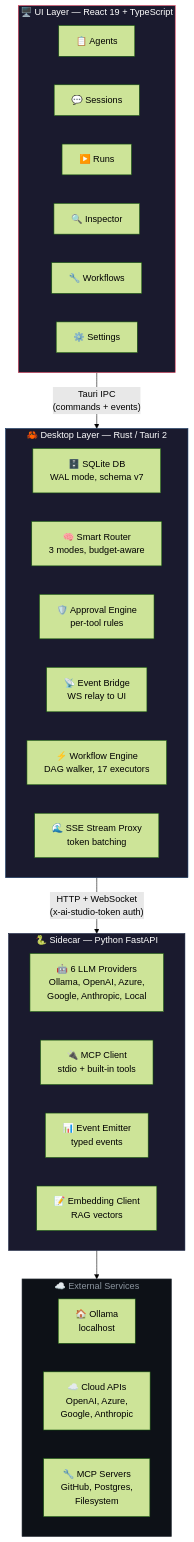
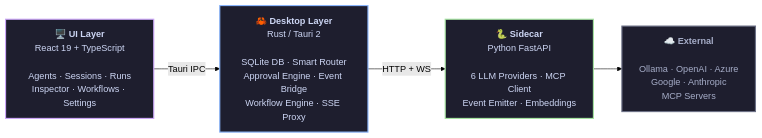
One commit to akv004/ai-studio-template changed the diagram in README.md. Above: the diagram before and after it, drawn with Mermaid (forest theme).

Commit message:
Docs: Redesign architecture diagram — compact horizontal Mermaid
Replaced vertical stacked subgraphs (rendered as tall narrow columns on GitHub)
with 4 compact LR nodes showing components inline with line breaks.

````diff
--- a/README.md
+++ b/README.md
@@ -291,42 +291,16 @@
 ```mermaid
-graph TB
-    subgraph UI["🖥️ UI Layer — React 19 + TypeScript"]
-        A1["📋 Agents"]
-        A2["💬 Sessions"]
-        A3["▶️ Runs"]
-        A4["🔍 Inspector"]
-        A5["🔧 Workflows"]
-        A6["⚙️ Settings"]
-    end
+graph LR
+    UI["🖥️ <b>UI Layer</b><br/>React 19 + TypeScript<br/><br/>Agents · Sessions · Runs<br/>Inspector · Workflows · Settings"]
+    Desktop["🦀 <b>Desktop Layer</b><br/>Rust / Tauri 2<br/><br/>SQLite DB · Smart Router<br/>Approval Engine · Event Bridge<br/>Workflow Engine · SSE Proxy"]
+    Sidecar["🐍 <b>Sidecar</b><br/>Python FastAPI<br/><br/>6 LLM Providers · MCP Client<br/>Event Emitter · Embeddings"]
+    External["☁️ <b>External</b><br/><br/>Ollama · OpenAI · Azure<br/>Google · Anthropic<br/>MCP Servers"]
 
-    subgraph Desktop["🦀 Desktop Layer — Rust / Tauri 2"]
-        D1["🗄️ SQLite DB<br/>WAL mode, schema v7"]
-        D2["🧠 Smart Router<br/>3 modes, budget-aware"]
-        D3["🛡️ Approval Engine<br/>per-tool rules"]
-        D4["📡 Event Bridge<br/>WS relay to UI"]
-        D5["⚡ Workflow Engine<br/>DAG walker, 17 executors"]
-        D6["🌊 SSE Stream Proxy<br/>token batching"]
-    end
-
-    subgraph Sidecar["🐍 Sidecar — Python FastAPI"]
-        S1["🤖 6 LLM Providers<br/>Ollama, OpenAI, Azure,<br/>Google, Anthropic, Local"]
-        S2["🔌 MCP Client<br/>stdio + built-in tools"]
-        S3["📊 Event Emitter<br/>typed events"]
-        S4["📝 Embedding Client<br/>RAG vectors"]
-    end
-
-    subgraph External["☁️ External Services"]
-        E1["🏠 Ollama<br/>localhost"]
-        E2["☁️ Cloud APIs<br/>OpenAI, Azure,<br/>Google, Anthropic"]
-        E3["🔧 MCP Servers<br/>GitHub, Postgres,<br/>Filesystem"]
-    end
-
-    UI -->|"Tauri IPC<br/>(commands + events)"| Desktop
-    Desktop -->|"HTTP + WebSocket<br/>(x-ai-studio-token auth)"| Sidecar
+    UI -->|"Tauri IPC"| Desktop
+    Desktop -->|"HTTP + WS"| Sidecar
     Sidecar --> External
 
-    style UI fill:#1a1a2e,stroke:#e94560,color:#fff
-    style Desktop fill:#1a1a2e,stroke:#0f3460,color:#fff
-    style Sidecar fill:#1a1a2e,stroke:#16213e,color:#fff
-    style External fill:#0d1117,stroke:#30363d,color:#8b949e
+    style UI fill:#1e1e2e,stroke:#cba6f7,stroke-width:2px,color:#cdd6f4
+    style Desktop fill:#1e1e2e,stroke:#89b4fa,stroke-width:2px,color:#cdd6f4
+    style Sidecar fill:#1e1e2e,stroke:#a6e3a1,stroke-width:2px,color:#cdd6f4
+    style External fill:#1e1e2e,stroke:#6c7086,stroke-width:2px,color:#a6adc8
 ```
````
